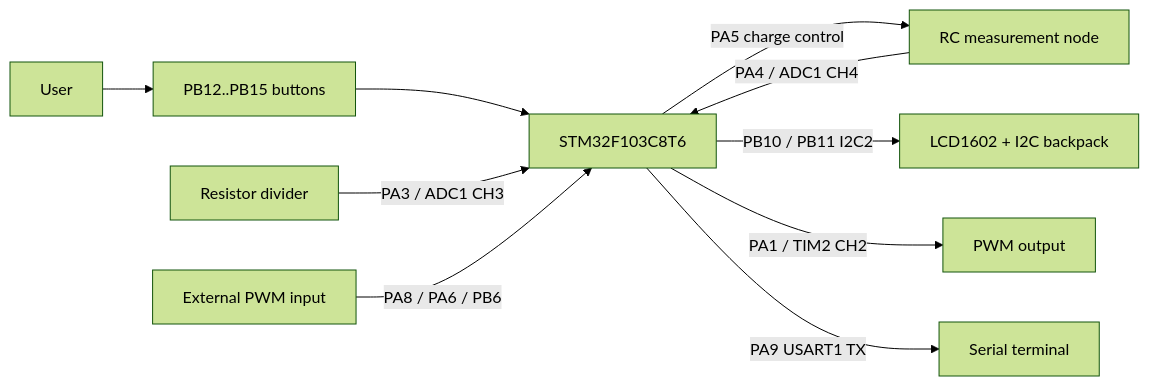
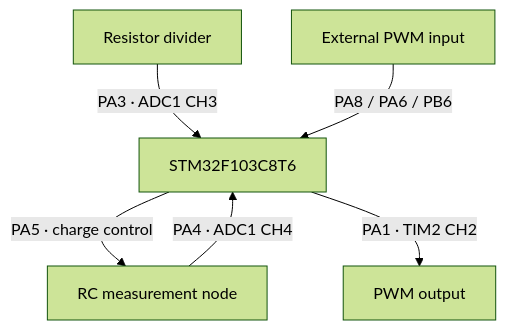
Before and after one commit to haikevins/Multimeter_Project: the first of 21 diagrams in README.md, drawn with Mermaid (forest theme). The commit also changed other lines of this file, not shown here.

````diff
--- a/README.md
+++ b/README.md
@@ -175,15 +179,8 @@
 ```mermaid
-flowchart LR
-    USER["User"] --> BUTTONS["PB12..PB15 buttons"]
-    BUTTONS --> MCU["STM32F103C8T6"]
-
-    RES["Resistor divider"] -->|"PA3 / ADC1 CH3"| MCU
-    CAP["RC measurement node"] -->|"PA4 / ADC1 CH4"| MCU
-    MCU -->|"PA5 charge control"| CAP
-
-    MCU -->|"PB10 / PB11 I2C2"| LCD["LCD1602 + I2C backpack"]
-    MCU -->|"PA1 / TIM2 CH2"| PWMOUT["PWM output"]
-
+flowchart TB
+    RES["Resistor divider"] -->|"PA3 · ADC1 CH3"| MCU["STM32F103C8T6"]
+    CAP["RC measurement node"] -->|"PA4 · ADC1 CH4"| MCU
+    MCU -->|"PA5 · charge control"| CAP
     PWMIN["External PWM input"] -->|"PA8 / PA6 / PB6"| MCU
-    MCU -->|"PA9 USART1 TX"| HOST["Serial terminal"]
+    MCU -->|"PA1 · TIM2 CH2"| PWMOUT["PWM output"]
 ```
````
